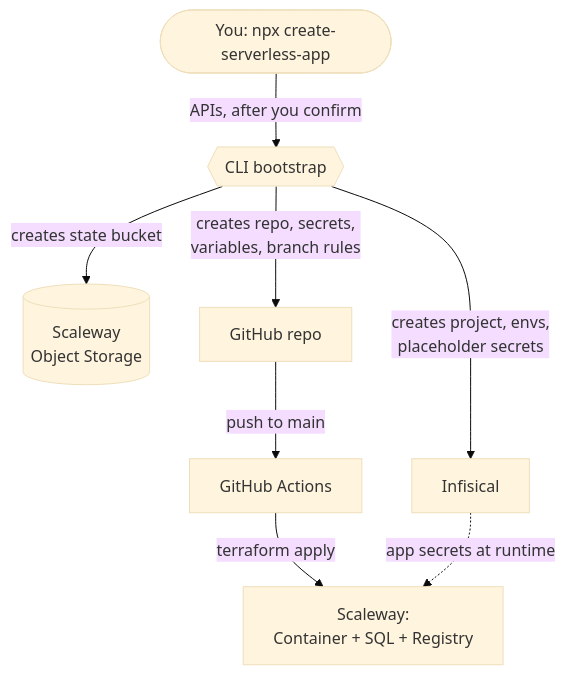
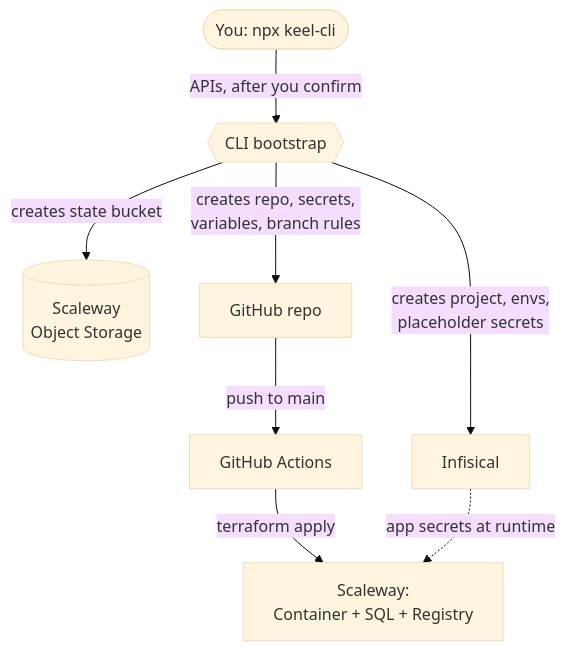
Before and after one commit to Gambi97/keel: the diagram in README.md, drawn with Mermaid (base theme). The commit also changed other lines of this file and 10 other files, not shown here.

First line of the commit message:
Rename project to keel (package keel-cli, bin keel)

````diff
--- a/README.md
+++ b/README.md
@@ -60,10 +62,10 @@
 ```mermaid
 flowchart TD
-    You([You: npx create-serverless-app]) -->|APIs, after you confirm| CLI{{CLI bootstrap}}
+    You([You: npx keel-cli]) -->|APIs, after you confirm| CLI{{CLI bootstrap}}
     CLI -->|creates state bucket| SCW[(Scaleway<br/>Object Storage)]
     CLI -->|creates repo, secrets,<br/>variables, branch rules| GH[GitHub repo]
     CLI -->|creates project, envs,<br/>placeholder secrets| INF[Infisical]
     GH -->|push to main| ACT[GitHub Actions]
     ACT -->|terraform apply| PROD[Scaleway:<br/>Container + SQL + Registry]
     INF -.->|app secrets at runtime| PROD
 ```
````
